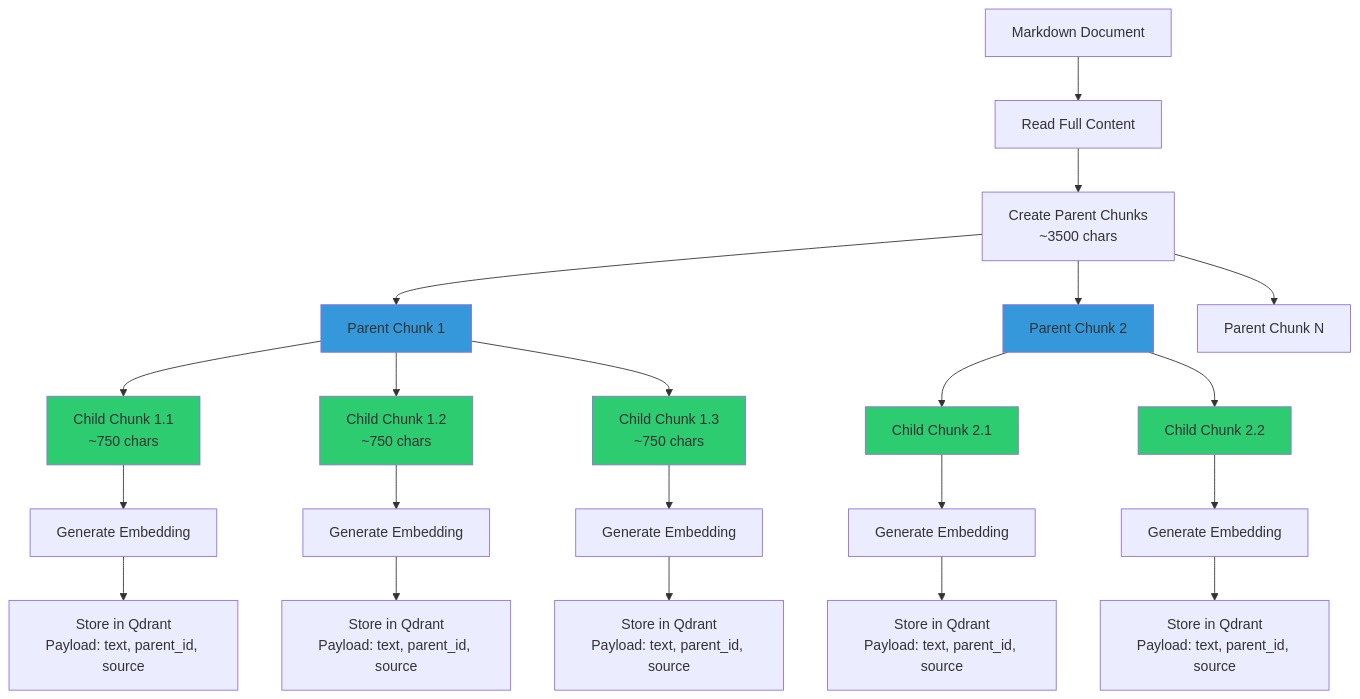
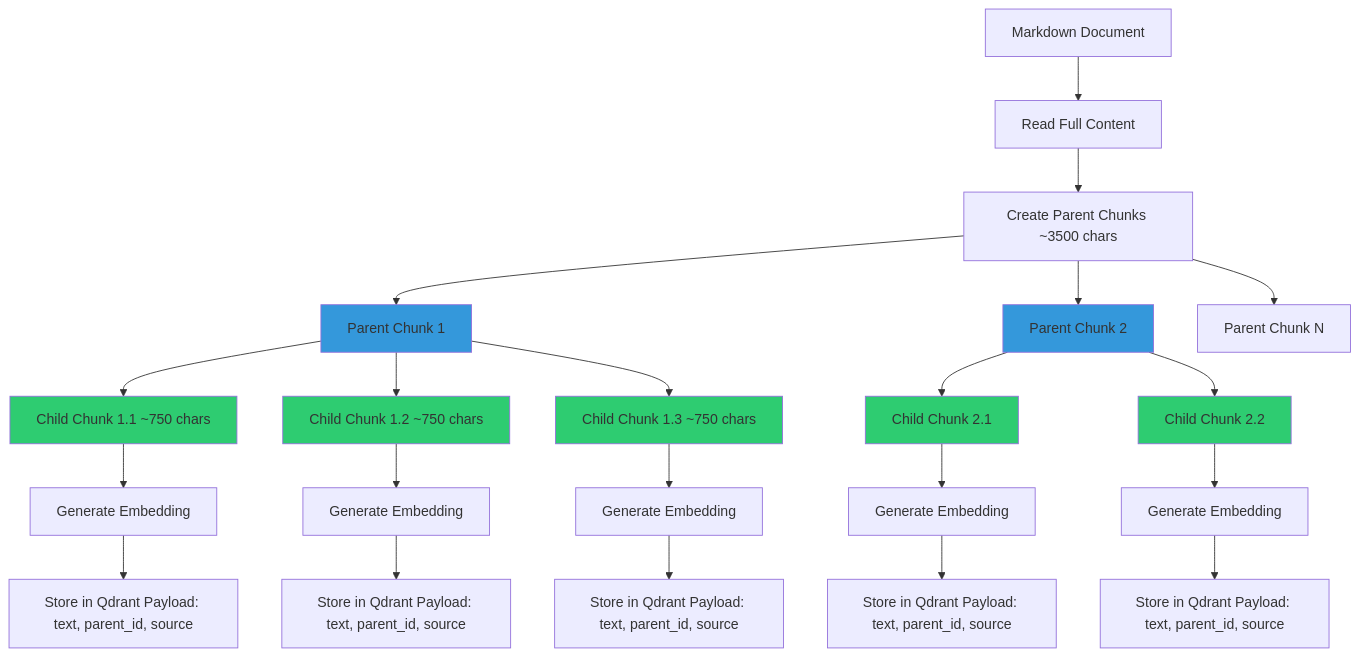
Before and after one commit to softwarewrighter/rag-demo: the third of 13 diagrams in wiki/Data-Flow-Diagrams.md, drawn with Mermaid. The commit also changed other lines of this file and 7 other files, not shown here.

````diff
--- a/wiki/Data-Flow-Diagrams.md
+++ b/wiki/Data-Flow-Diagrams.md
@@ -93,36 +93,36 @@
 ```mermaid
 flowchart TD
     Start[Markdown Document] --> Read[Read Full Content]
-    Read --> Parent[Create Parent Chunks<br/>~3500 chars]
+    Read --> Parent[Create Parent Chunks ~3500 chars]
 
     Parent --> P1[Parent Chunk 1]
     Parent --> P2[Parent Chunk 2]
     Parent --> PN[Parent Chunk N]
 
-    P1 --> C1[Child Chunk 1.1<br/>~750 chars]
-    P1 --> C2[Child Chunk 1.2<br/>~750 chars]
-    P1 --> C3[Child Chunk 1.3<br/>~750 chars]
+    P1 --> C1[Child Chunk 1.1 ~750 chars]
+    P1 --> C2[Child Chunk 1.2 ~750 chars]
+    P1 --> C3[Child Chunk 1.3 ~750 chars]
 
     P2 --> C4[Child Chunk 2.1]
     P2 --> C5[Child Chunk 2.2]
 
     C1 --> E1[Generate Embedding]
     C2 --> E2[Generate Embedding]
     C3 --> E3[Generate Embedding]
     C4 --> E4[Generate Embedding]
     C5 --> E5[Generate Embedding]
 
-    E1 --> Q1[Store in Qdrant<br/>Payload: text, parent_id, source]
-    E2 --> Q2[Store in Qdrant<br/>Payload: text, parent_id, source]
-    E3 --> Q3[Store in Qdrant<br/>Payload: text, parent_id, source]
-    E4 --> Q4[Store in Qdrant<br/>Payload: text, parent_id, source]
-    E5 --> Q5[Store in Qdrant<br/>Payload: text, parent_id, source]
+    E1 --> Q1[Store in Qdrant Payload: text, parent_id, source]
+    E2 --> Q2[Store in Qdrant Payload: text, parent_id, source]
+    E3 --> Q3[Store in Qdrant Payload: text, parent_id, source]
+    E4 --> Q4[Store in Qdrant Payload: text, parent_id, source]
+    E5 --> Q5[Store in Qdrant Payload: text, parent_id, source]
 
     style P1 fill:#3498db
     style P2 fill:#3498db
     style C1 fill:#2ecc71
     style C2 fill:#2ecc71
     style C3 fill:#2ecc71
     style C4 fill:#2ecc71
     style C5 fill:#2ecc71
 ```
````
